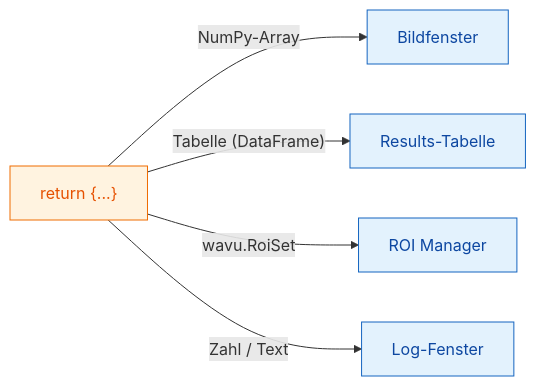
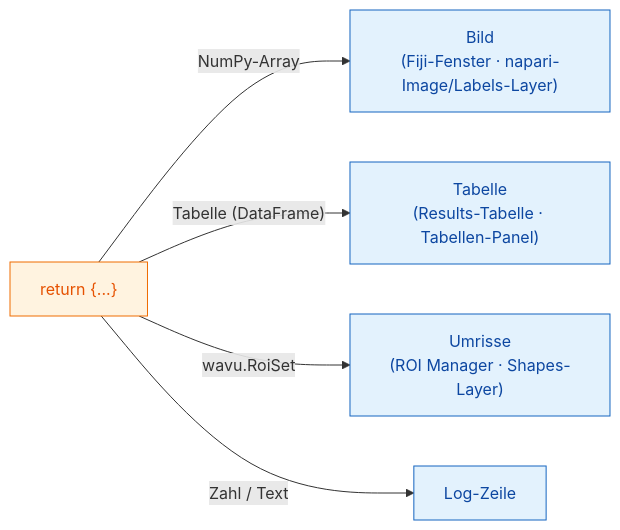
One commit to Oxford-Zeiss-Centre-of-Excellence/Wavu changed the diagram in guide/write/outputs.de.md. Above: the diagram before and after it, drawn with Mermaid. The commit also changed other lines of this file and 221 other files, not shown here.

````diff
--- a/guide/write/outputs.de.md
+++ b/guide/write/outputs.de.md
@@ -12,15 +13,15 @@
 ```mermaid
 flowchart LR
     R["return {...}"]:::script
-    I["Bildfenster"]:::fiji
-    T["Results-Tabelle"]:::fiji
-    O["ROI Manager"]:::fiji
-    L["Log-Fenster"]:::fiji
+    I["Bild<br/>(Fiji-Fenster · napari-Image/Labels-Layer)"]:::fiji
+    T["Tabelle<br/>(Results-Tabelle · Tabellen-Panel)"]:::fiji
+    O["Umrisse<br/>(ROI Manager · Shapes-Layer)"]:::fiji
+    L["Log-Zeile"]:::fiji
     R -- "NumPy-Array" --> I
     R -- "Tabelle (DataFrame)" --> T
     R -- "wavu.RoiSet" --> O
     R -- "Zahl / Text" --> L
 
     classDef fiji   fill:#e3f2fd,stroke:#1565c0,color:#0d47a1
     classDef script fill:#fff3e0,stroke:#ef6c00,color:#e65100
 ```
````
